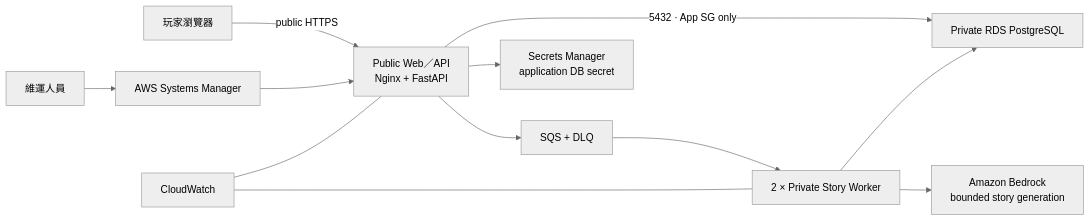
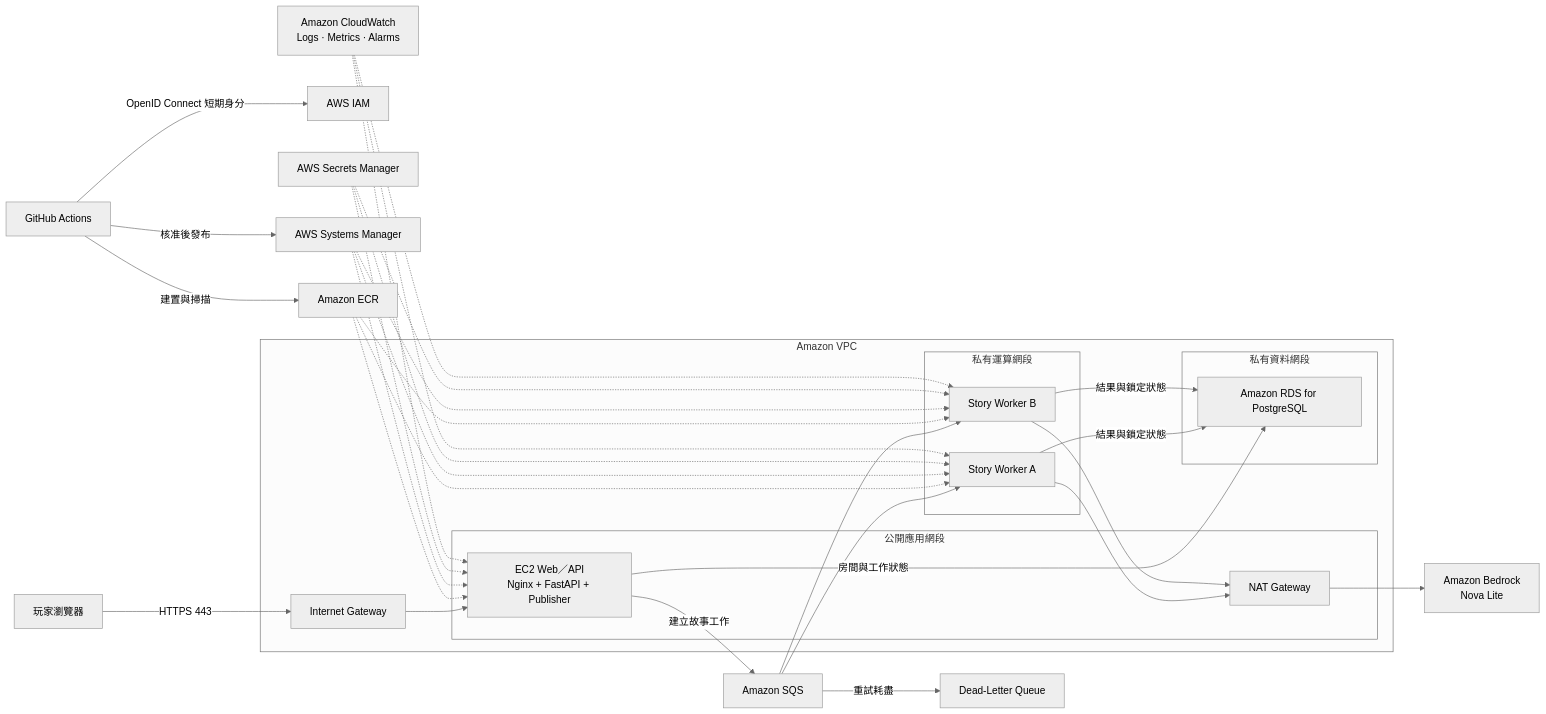
One commit to ChaoMing0815/AWS-cloud-lab changed the diagram in README.md. Above: the diagram before and after it, drawn with Mermaid (neutral theme). The commit also changed other lines of this file and 1 other file, not shown here.

````diff
--- a/README.md
+++ b/README.md
@@ -25,13 +19,50 @@
 ```mermaid
 flowchart LR
-    U["玩家瀏覽器"] -->|"public HTTPS"| EC2
-    OP["維運人員"] --> SSM["AWS Systems Manager"] --> EC2
-    EC2["Public Web／API<br/>Nginx + FastAPI"] --> Q["SQS + DLQ"]
-    Q --> W["2 × Private Story Worker"]
-    EC2 --> SM["Secrets Manager<br/>application DB secret"]
-    EC2 -->|"5432 · App SG only"| RDS["Private RDS PostgreSQL"]
-    W --> RDS
-    W --> BR["Amazon Bedrock<br/>bounded story generation"]
-    CW["CloudWatch"] --- EC2
-    CW --- W
+    Player["玩家瀏覽器"] -->|HTTPS 443| IGW["Internet Gateway"]
+
+    subgraph VPC["Amazon VPC"]
+        subgraph Public["公開應用網段"]
+            Web["EC2 Web／API<br/>Nginx + FastAPI + Publisher"]
+            NAT["NAT Gateway"]
+        end
+
+        subgraph Compute["私有運算網段"]
+            WorkerA["Story Worker A"]
+            WorkerB["Story Worker B"]
+        end
+
+        subgraph Data["私有資料網段"]
+            RDS["Amazon RDS for PostgreSQL"]
+        end
+
+        IGW --> Web
+        Web -->|房間與工作狀態| RDS
+        WorkerA -->|結果與鎖定狀態| RDS
+        WorkerB -->|結果與鎖定狀態| RDS
+        WorkerA --> NAT
+        WorkerB --> NAT
+    end
+
+    Web -->|建立故事工作| Queue["Amazon SQS"]
+    Queue --> WorkerA
+    Queue --> WorkerB
+    Queue -->|重試耗盡| DLQ["Dead-Letter Queue"]
+    NAT --> Bedrock["Amazon Bedrock<br/>Nova Lite"]
+
+    GitHub["GitHub Actions"] -->|OpenID Connect 短期身分| IAM["AWS IAM"]
+    GitHub -->|建置與掃描| ECR["Amazon ECR"]
+    GitHub -->|核准後發布| SSM["AWS Systems Manager"]
+    ECR -.-> Web
+    ECR -.-> WorkerA
+    ECR -.-> WorkerB
+    SSM -.-> Web
+    SSM -.-> WorkerA
+    SSM -.-> WorkerB
+
+    Secrets["AWS Secrets Manager"] -.-> Web
+    Secrets -.-> WorkerA
+    Secrets -.-> WorkerB
+    CloudWatch["Amazon CloudWatch<br/>Logs · Metrics · Alarms"] -.-> Web
+    CloudWatch -.-> WorkerA
+    CloudWatch -.-> WorkerB
 ```
````
